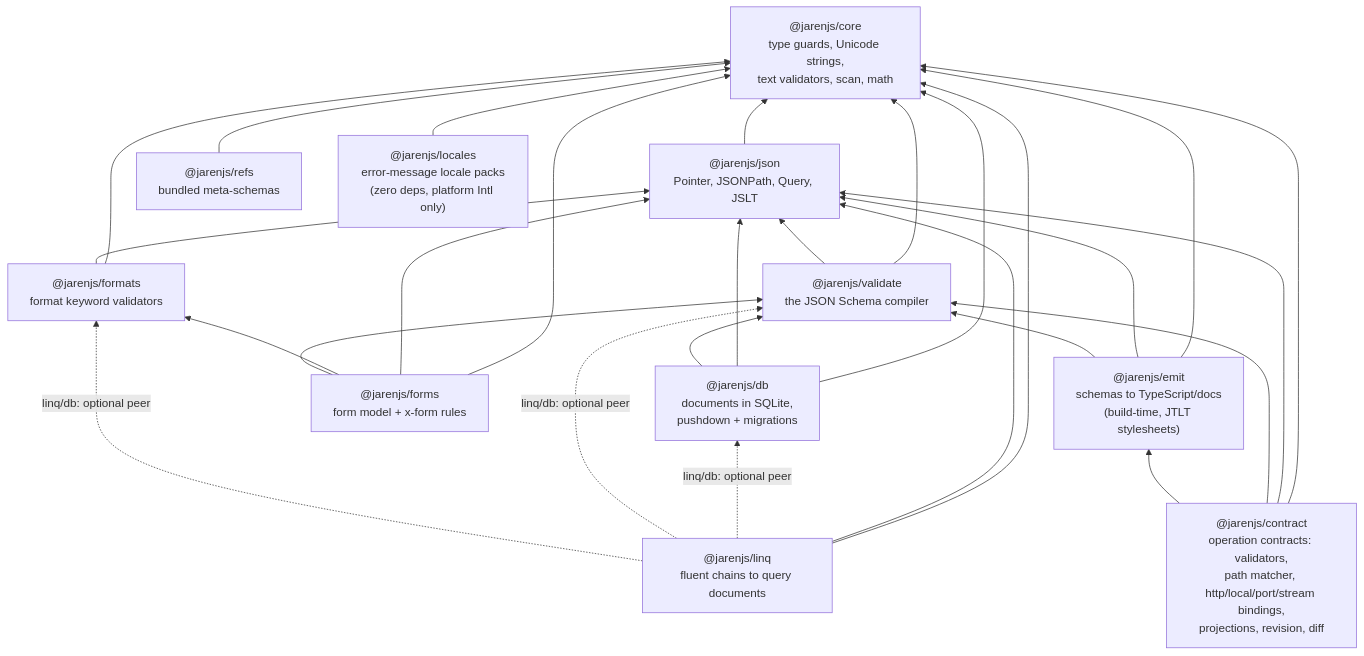
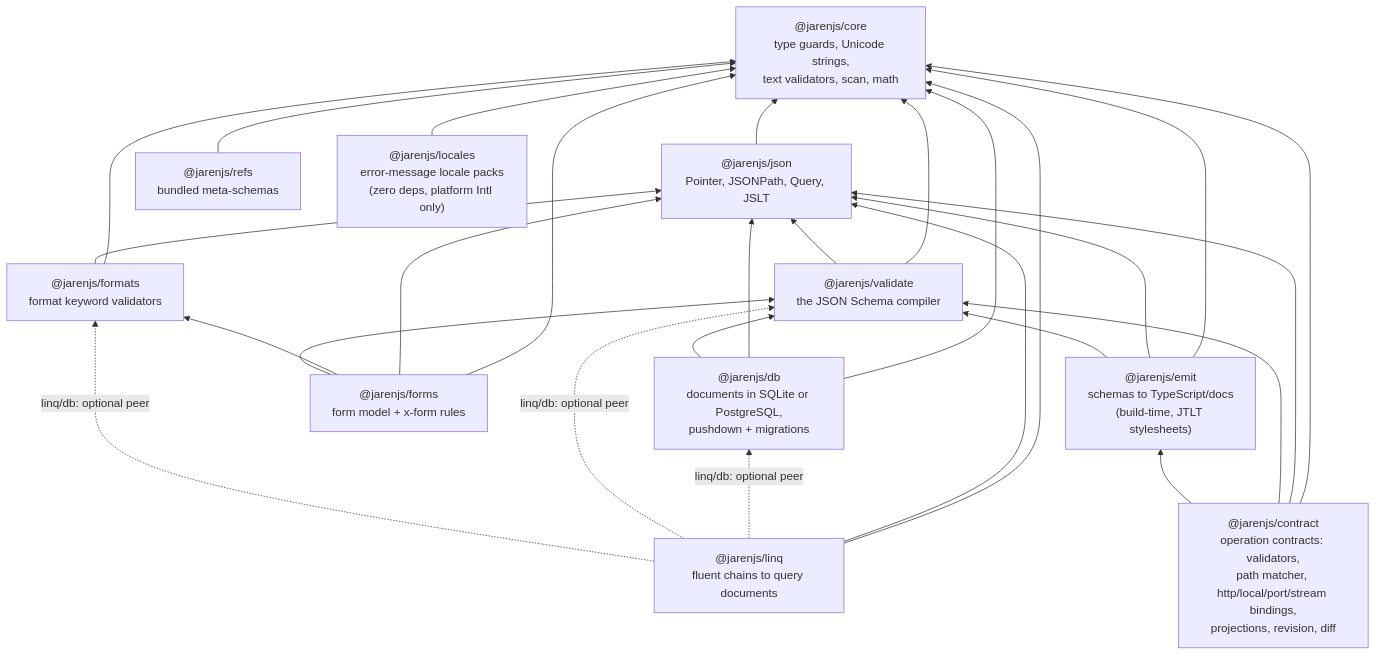
The first of 2 diagrams in docs/ARCHITECTURE.md (jklarenbeek/jarenjs), drawn with Mermaid before and after one commit. The commit also changed other lines of this file and 80 other files, not shown here.

````diff
--- a/docs/ARCHITECTURE.md
+++ b/docs/ARCHITECTURE.md
@@ -40,41 +40,41 @@
 ```mermaid
 flowchart BT
     CORE["@jarenjs/core<br/>type guards, Unicode strings,<br/>text validators, scan, math"]
     JSON["@jarenjs/json<br/>Pointer, JSONPath, Query, JSLT"]
     VALIDATE["@jarenjs/validate<br/>the JSON Schema compiler"]
     FORMATS["@jarenjs/formats<br/>format keyword validators"]
     REFS["@jarenjs/refs<br/>bundled meta-schemas"]
     EMIT["@jarenjs/emit<br/>schemas to TypeScript/docs<br/>(build-time, JTLT stylesheets)"]
     CONTRACT["@jarenjs/contract<br/>operation contracts: validators,<br/>path matcher, http/local/port/stream bindings,<br/>projections, revision, diff"]
     FORMS["@jarenjs/forms<br/>form model + x-form rules"]
     LOCALES["@jarenjs/locales<br/>error-message locale packs<br/>(zero deps, platform Intl only)"]
     LINQ["@jarenjs/linq<br/>fluent chains to query documents"]
-    DB["@jarenjs/db<br/>documents in SQLite,<br/>pushdown + migrations"]
+    DB["@jarenjs/db<br/>documents in SQLite or PostgreSQL,<br/>pushdown + migrations"]
 
     JSON --> CORE
     VALIDATE --> CORE
     VALIDATE --> JSON
     FORMATS --> CORE
     FORMATS --> JSON
     EMIT --> CORE
     EMIT --> JSON
     EMIT --> VALIDATE
     CONTRACT --> CORE
     CONTRACT --> JSON
     CONTRACT --> VALIDATE
     CONTRACT --> EMIT
     FORMS --> CORE
     FORMS --> JSON
     FORMS --> FORMATS
     FORMS --> VALIDATE
     LOCALES --> CORE
     REFS --> CORE
     LINQ --> CORE
     LINQ --> JSON
     DB --> CORE
     DB --> JSON
     DB --> VALIDATE
     LINQ -. "linq/db: optional peer" .-> DB
     LINQ -. "linq/db: optional peer" .-> VALIDATE
     LINQ -. "linq/db: optional peer" .-> FORMATS
 ```
````
